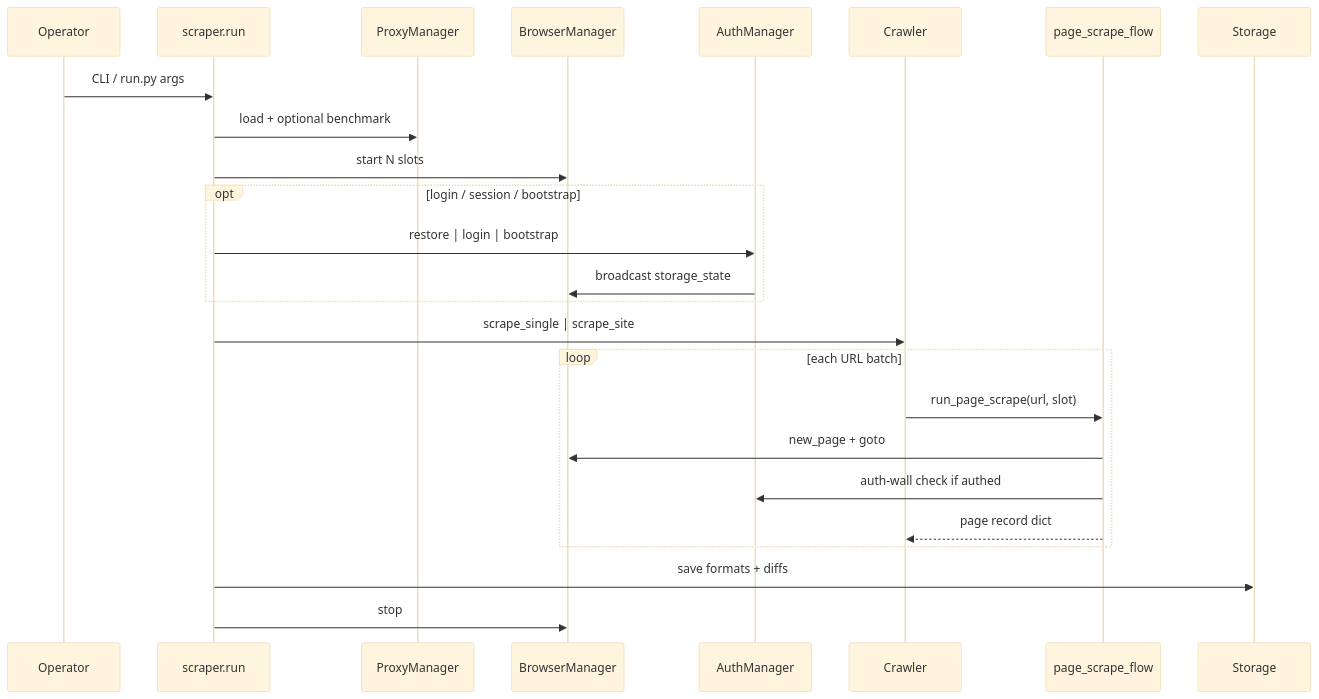
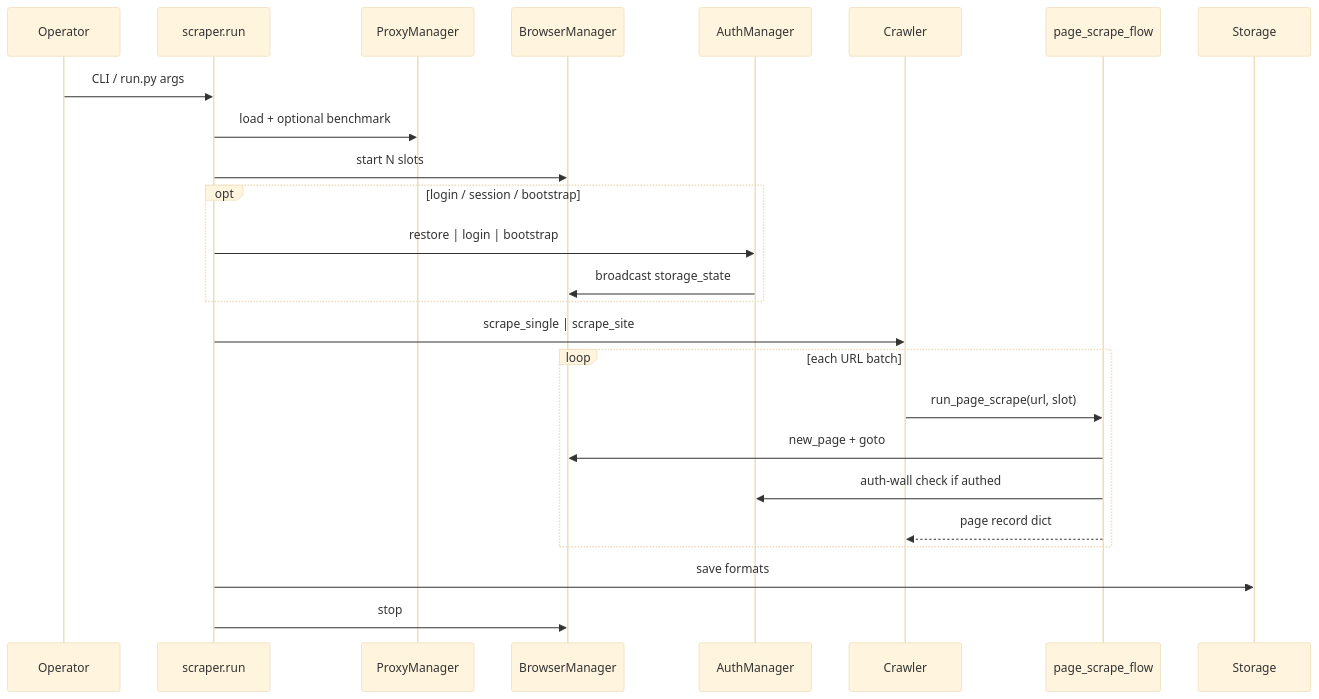
One commit to Shellghostt/WebVac changed the third of 5 diagrams in docs/ARCHITECTURE.md. Above: the diagram before and after it, drawn with Mermaid (base theme). The commit also changed other lines of this file and 8 other files, not shown here.

````diff
--- a/docs/ARCHITECTURE.md
+++ b/docs/ARCHITECTURE.md
@@ -113,28 +113,28 @@
 ```mermaid
 sequenceDiagram
   participant U as Operator
   participant S as scraper.run
   participant P as ProxyManager
   participant B as BrowserManager
   participant A as AuthManager
   participant C as Crawler
   participant F as page_scrape_flow
   participant St as Storage
 
   U->>S: CLI / run.py args
   S->>P: load + optional benchmark
   S->>B: start N slots
   opt login / session / bootstrap
     S->>A: restore | login | bootstrap
     A->>B: broadcast storage_state
   end
   S->>C: scrape_single | scrape_site
   loop each URL batch
     C->>F: run_page_scrape(url, slot)
     F->>B: new_page + goto
     F->>A: auth-wall check if authed
     F-->>C: page record dict
   end
-  S->>St: save formats + diffs
+  S->>St: save formats
   S->>B: stop
 ```
````
